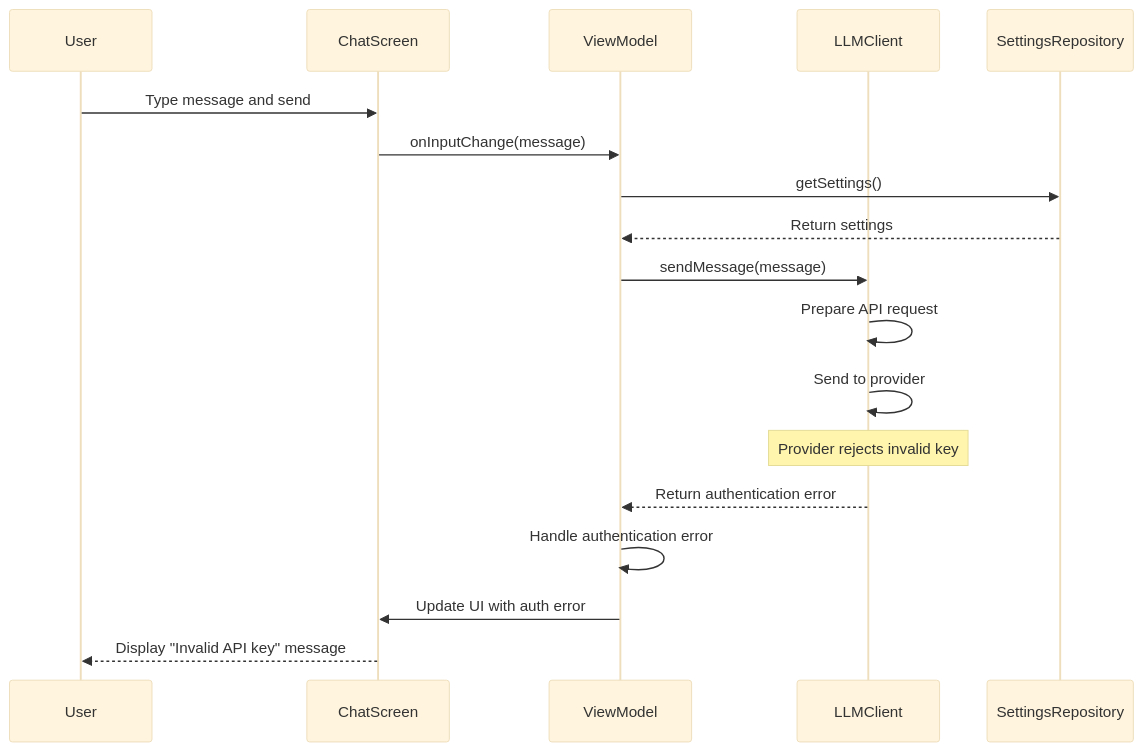
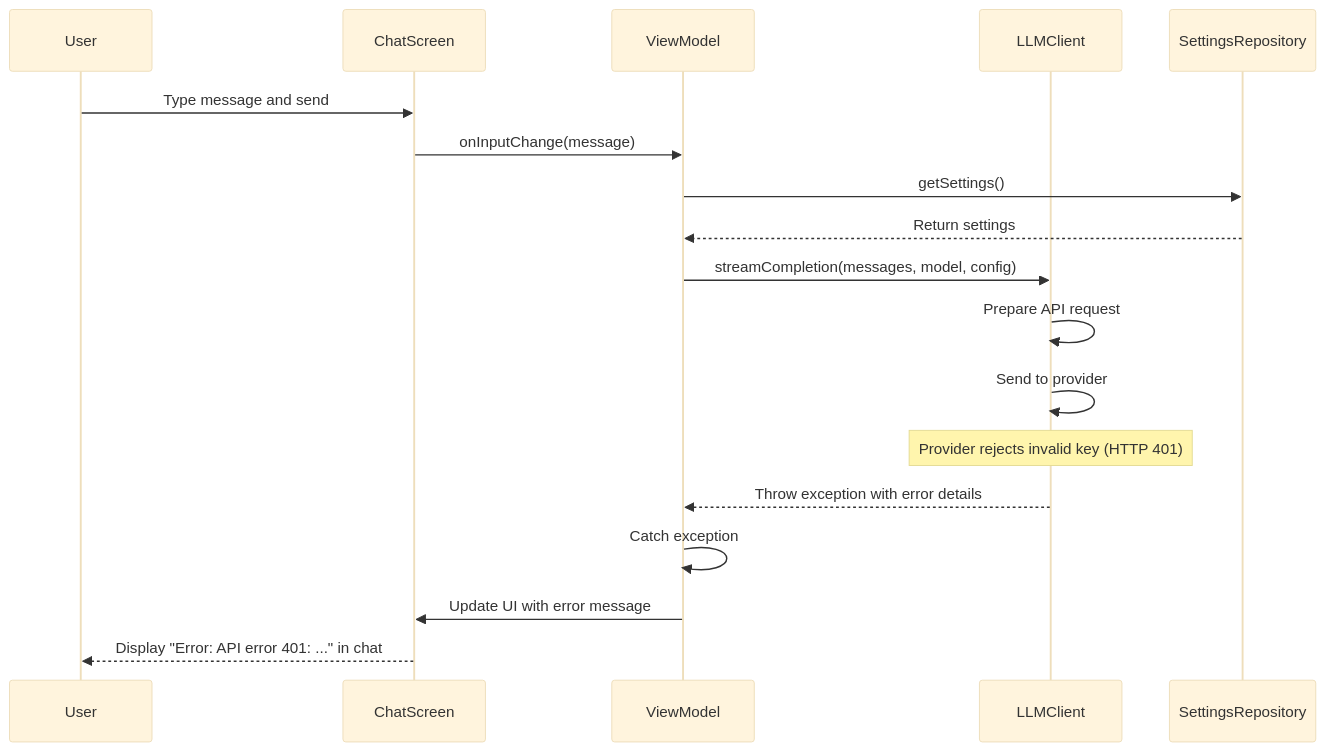
One commit to lehoang318/buddy changed the ninth of 10 diagrams in docs/seq_chat.md. Above: the diagram before and after it, drawn with Mermaid (base theme). The commit also changed other lines of this file and 7 other files, not shown here.

````diff
--- a/docs/seq_chat.md
+++ b/docs/seq_chat.md
@@ -231,21 +238,21 @@
 ```mermaid
 sequenceDiagram
     participant User
     participant ChatScreen
     participant ViewModel
     participant LLMClient
     participant SettingsRepository
 
     User->>ChatScreen: Type message and send
     ChatScreen->>ViewModel: onInputChange(message)
     ViewModel->>SettingsRepository: getSettings()
     SettingsRepository-->>ViewModel: Return settings
-    ViewModel->>LLMClient: sendMessage(message)
+    ViewModel->>LLMClient: streamCompletion(messages, model, config)
     LLMClient->>LLMClient: Prepare API request
     LLMClient->>LLMClient: Send to provider
-    Note over LLMClient: Provider rejects invalid key
-    LLMClient-->>ViewModel: Return authentication error
-    ViewModel->>ViewModel: Handle authentication error
-    ViewModel->>ChatScreen: Update UI with auth error
-    ChatScreen-->>User: Display "Invalid API key" message
+    Note over LLMClient: Provider rejects invalid key (HTTP 401)
+    LLMClient-->>ViewModel: Throw exception with error details
+    ViewModel->>ViewModel: Catch exception
+    ViewModel->>ChatScreen: Update UI with error message
+    ChatScreen-->>User: Display "Error: API error 401: ..." in chat
 ```
````
